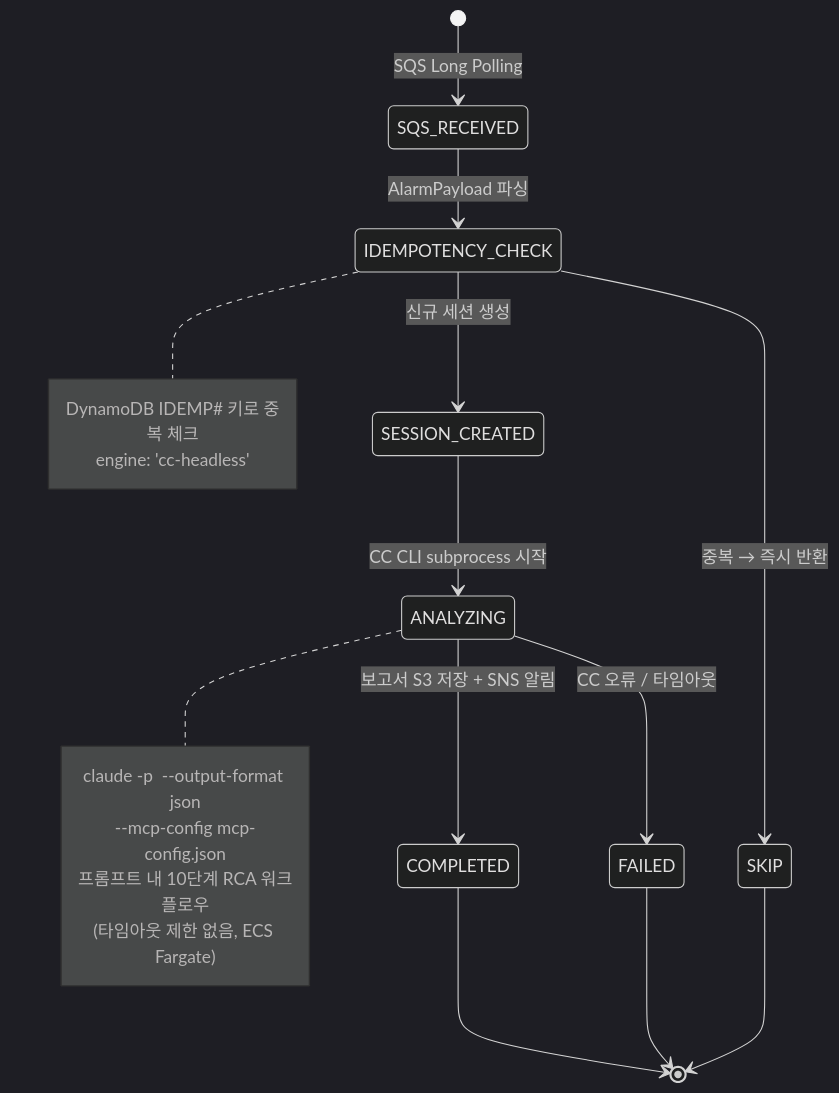
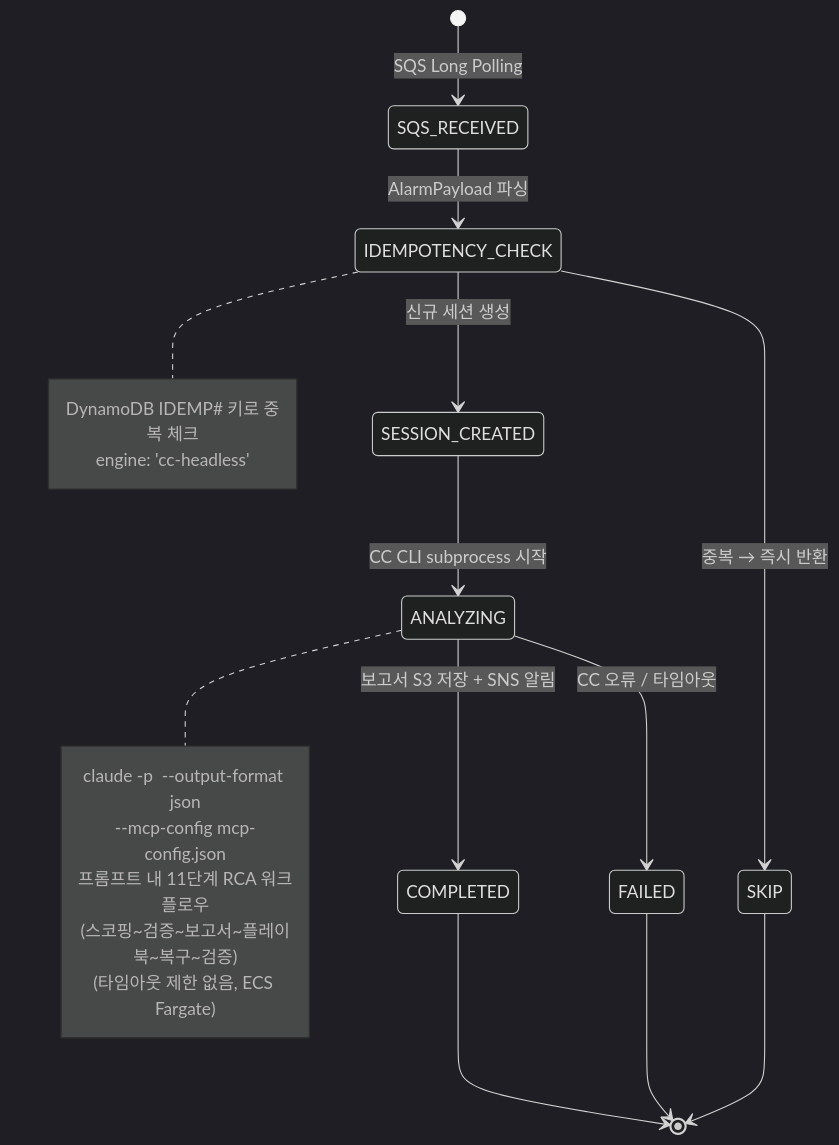
Before and after one commit to haandol/rca-agent: the third of 4 diagrams in AGENTS.md, drawn with Mermaid (dark theme). The commit also changed other lines of this file and 10 other files, not shown here.

````diff
--- a/AGENTS.md
+++ b/AGENTS.md
@@ -259,28 +259,29 @@
 ```mermaid
 stateDiagram-v2
     [*] --> SQS_RECEIVED: SQS Long Polling
 
     SQS_RECEIVED --> IDEMPOTENCY_CHECK: AlarmPayload 파싱
     note right of IDEMPOTENCY_CHECK
         DynamoDB IDEMP# 키로 중복 체크
         engine: 'cc-headless'
     end note
 
     IDEMPOTENCY_CHECK --> SESSION_CREATED: 신규 세션 생성
     IDEMPOTENCY_CHECK --> SKIP: 중복 → 즉시 반환
 
     SESSION_CREATED --> ANALYZING: CC CLI subprocess 시작
     note right of ANALYZING
         claude -p <prompt> --output-format json
         --mcp-config mcp-config.json
-        프롬프트 내 10단계 RCA 워크플로우
+        프롬프트 내 11단계 RCA 워크플로우
+        (스코핑~검증~보고서~플레이북~복구~검증)
         (타임아웃 제한 없음, ECS Fargate)
     end note
 
     ANALYZING --> COMPLETED: 보고서 S3 저장 + SNS 알림
     ANALYZING --> FAILED: CC 오류 / 타임아웃
 
     COMPLETED --> [*]
     FAILED --> [*]
     SKIP --> [*]
 ```
````
